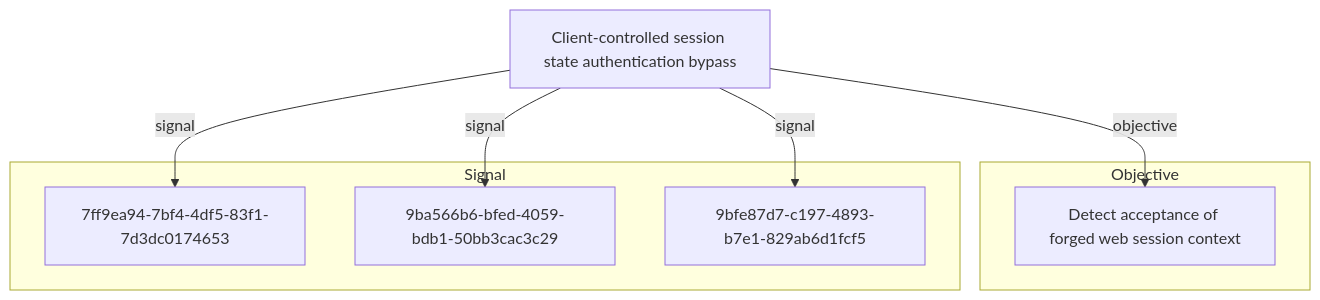
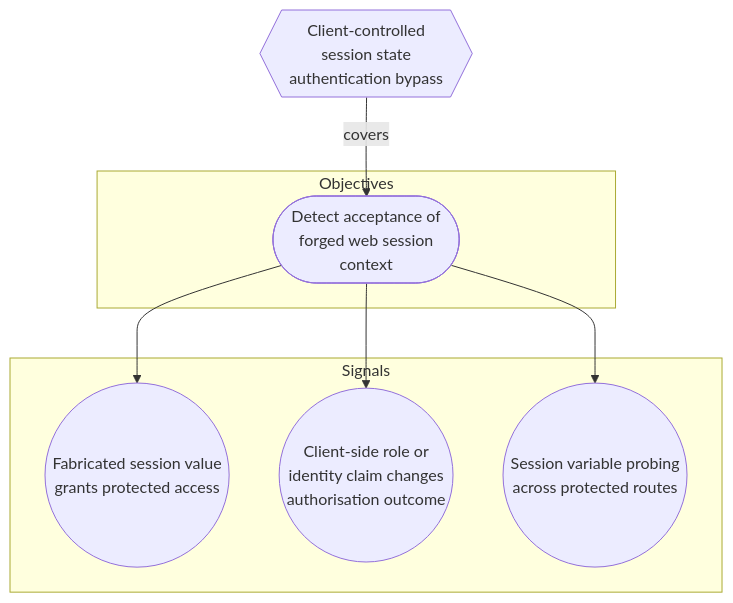
One commit to opentidehq/library changed the second of 2 diagrams in docs/threats/client-controlled-session-state-authentication-bypass.md. Above: the diagram before and after it, drawn with Mermaid. The commit also changed other lines of this file and 540 other files, not shown here.

````diff
--- a/docs/threats/client-controlled-session-state-authentication-bypass.md
+++ b/docs/threats/client-controlled-session-state-authentication-bypass.md
@@ -94,16 +122,16 @@
 ```mermaid
 flowchart TB
-subgraph "Objective"
-d4c509d7_f9ab_452a_a91d_4da040095414["Detect acceptance of forged web session context"]
+subgraph "Objectives"
+d4c509d7_f9ab_452a_a91d_4da040095414(["Detect acceptance of<br>forged web session<br>context"])
 end
-subgraph "Signal"
-7ff9ea94_7bf4_4df5_83f1_7d3dc0174653["7ff9ea94-7bf4-4df5-83f1-7d3dc0174653"]
-9ba566b6_bfed_4059_bdb1_50bb3cac3c29["9ba566b6-bfed-4059-bdb1-50bb3cac3c29"]
-9bfe87d7_c197_4893_b7e1_829ab6d1fcf5["9bfe87d7-c197-4893-b7e1-829ab6d1fcf5"]
+subgraph "Signals"
+9ba566b6_bfed_4059_bdb1_50bb3cac3c29(("Fabricated session value<br>grants protected access"))
+9bfe87d7_c197_4893_b7e1_829ab6d1fcf5(("Client-side role or<br>identity claim changes<br>authorisation outcome"))
+7ff9ea94_7bf4_4df5_83f1_7d3dc0174653(("Session variable probing<br>across protected routes"))
 end
-38adba1e_0961_4417_bd84_33fa9c42439f["Client-controlled session state authentication bypass"]
-38adba1e_0961_4417_bd84_33fa9c42439f -->|objective| d4c509d7_f9ab_452a_a91d_4da040095414
-38adba1e_0961_4417_bd84_33fa9c42439f -->|signal| 7ff9ea94_7bf4_4df5_83f1_7d3dc0174653
-38adba1e_0961_4417_bd84_33fa9c42439f -->|signal| 9ba566b6_bfed_4059_bdb1_50bb3cac3c29
-38adba1e_0961_4417_bd84_33fa9c42439f -->|signal| 9bfe87d7_c197_4893_b7e1_829ab6d1fcf5
+38adba1e_0961_4417_bd84_33fa9c42439f{{"Client-controlled<br>session state<br>authentication bypass"}}
+38adba1e_0961_4417_bd84_33fa9c42439f -->|covers| d4c509d7_f9ab_452a_a91d_4da040095414
+d4c509d7_f9ab_452a_a91d_4da040095414 --> 9ba566b6_bfed_4059_bdb1_50bb3cac3c29
+d4c509d7_f9ab_452a_a91d_4da040095414 --> 9bfe87d7_c197_4893_b7e1_829ab6d1fcf5
+d4c509d7_f9ab_452a_a91d_4da040095414 --> 7ff9ea94_7bf4_4df5_83f1_7d3dc0174653
 ```
````
